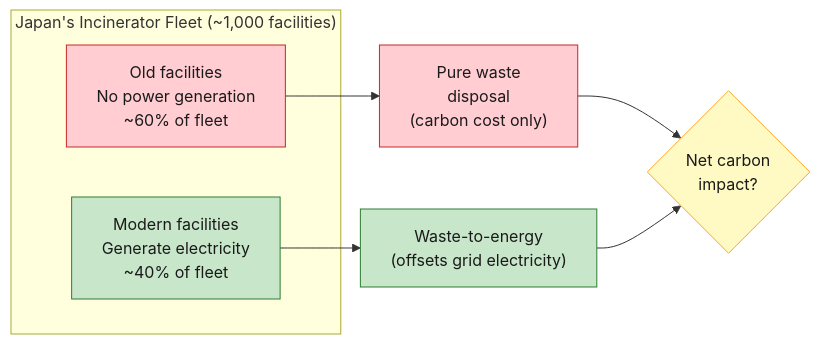
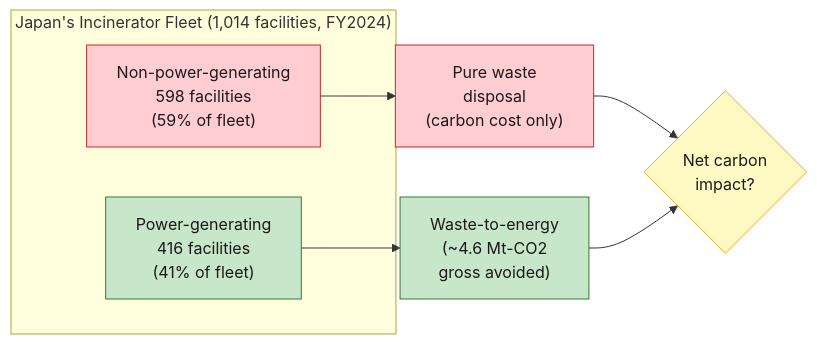
The first of 3 diagrams in README.md (Pann13223029/incineration-paper), drawn with Mermaid before and after one commit. The commit also changed other lines of this file and 3 other files, not shown here.

````diff
--- a/README.md
+++ b/README.md
@@ -15,19 +21,19 @@
 ```mermaid
 graph LR
-    subgraph Fleet["Japan's Incinerator Fleet (~1,000 facilities)"]
-        A["Old facilities<br/>No power generation<br/>~60% of fleet"]
-        B["Modern facilities<br/>Generate electricity<br/>~40% of fleet"]
+    subgraph Fleet["Japan's Incinerator Fleet (1,014 facilities, FY2024)"]
+        A["Non-power-generating<br/>598 facilities<br/>(59% of fleet)"]
+        B["Power-generating<br/>416 facilities<br/>(41% of fleet)"]
     end
-    
+
     A --> C["Pure waste<br/>disposal<br/>(carbon cost only)"]
-    B --> D["Waste-to-energy<br/>(offsets grid electricity)"]
-    
+    B --> D["Waste-to-energy<br/>(~4.6 Mt-CO2<br/>gross avoided)"]
+
     C --> Q{"Net carbon<br/>impact?"}
     D --> Q
-    
+
     style A fill:#ffcdd2,stroke:#c62828,color:#1a1a1a
     style B fill:#c8e6c9,stroke:#2e7d32,color:#1a1a1a
     style C fill:#ffcdd2,stroke:#c62828,color:#1a1a1a
     style D fill:#c8e6c9,stroke:#2e7d32,color:#1a1a1a
     style Q fill:#fff9c4,stroke:#f9a825,color:#1a1a1a
 ```
````
